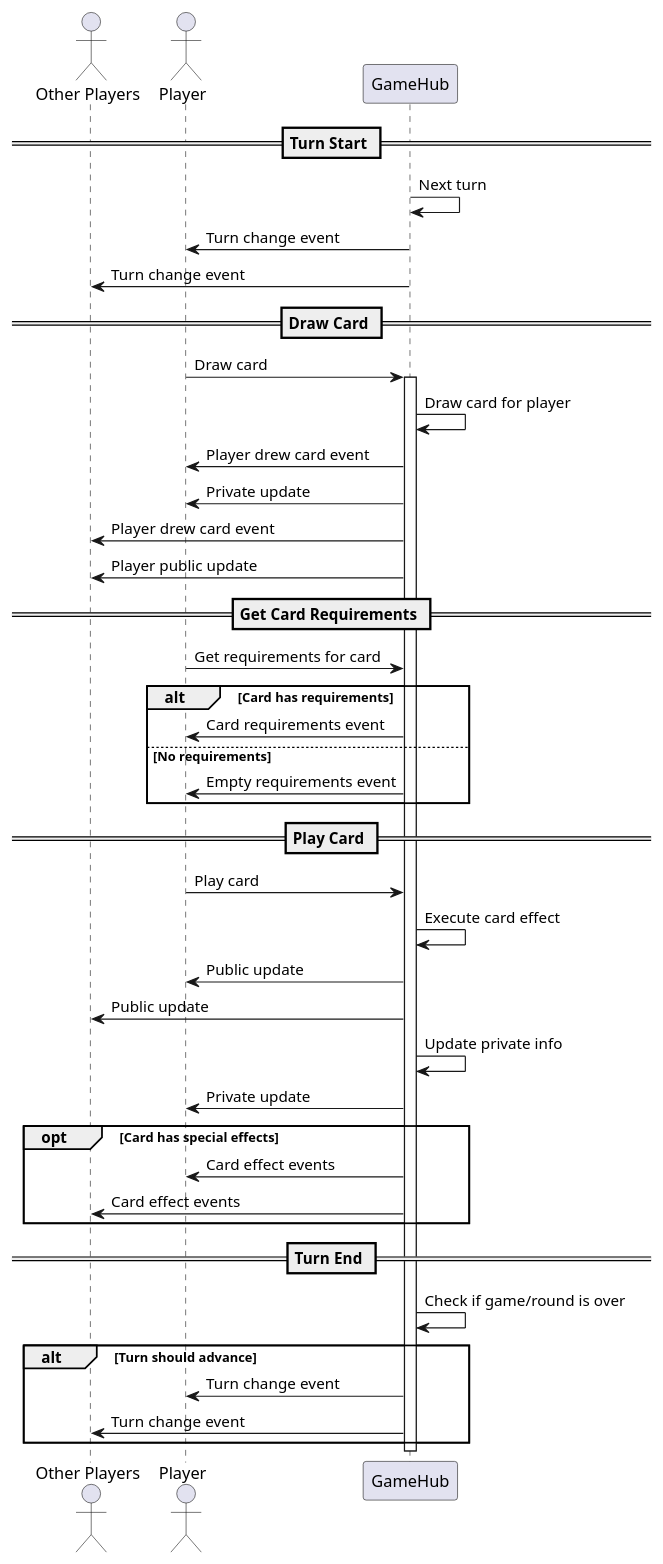
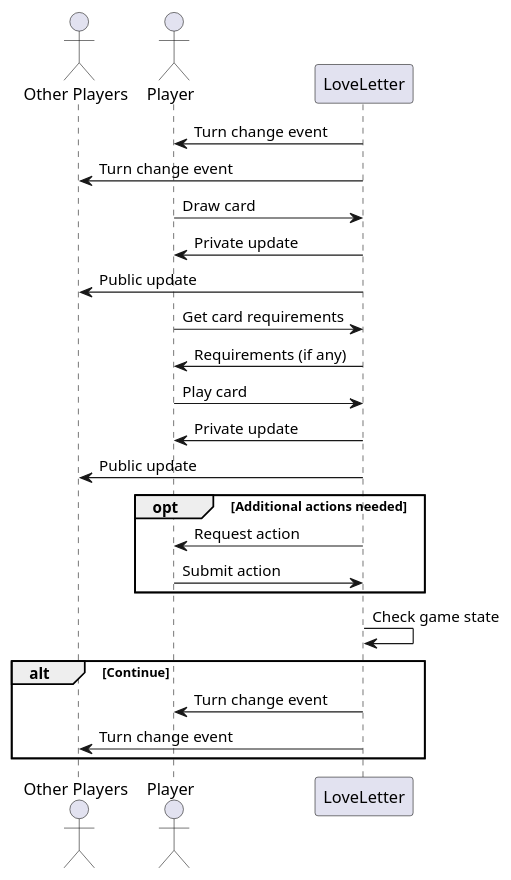
The diagram in docs/sequence_diagrams/game_flow/game_turn_flow.puml (cardoso42/cartas-de-amor), drawn with PlantUML before and after one commit. The commit also changed 50 other files, not shown here.

```diff
--- a/docs/sequence_diagrams/game_flow/game_turn_flow.puml
+++ b/docs/sequence_diagrams/game_flow/game_turn_flow.puml
@@ -1,60 +1,32 @@
 @startuml GameTurnFlow
 
 actor "Other Players" as Others
 actor "Player" as Player
-participant "GameHub" as Hub
+participant "LoveLetter" as Lov
 
-== Turn Start ==
+Lov -> Player: Turn change event
+Lov -> Others: Turn change event
 
-Hub -> Hub: Next turn
-Hub -> Player: Turn change event
-Hub -> Others: Turn change event
+Player -> Lov: Draw card
+Lov -> Player: Private update
+Lov -> Others: Public update
 
-== Draw Card ==
+Player -> Lov: Get card requirements
+Lov -> Player: Requirements (if any)
 
-Player -> Hub: Draw card
-activate Hub
-Hub -> Hub: Draw card for player
+Player -> Lov: Play card
+Lov -> Player: Private update
+Lov -> Others: Public update
 
-Hub -> Player: Player drew card event
-Hub -> Player: Private update
-
-Hub -> Others: Player drew card event
-Hub -> Others: Player public update
-
-== Get Card Requirements ==
-
-Player -> Hub: Get requirements for card
-alt Card has requirements
-    Hub -> Player: Card requirements event
-else No requirements
-    Hub -> Player: Empty requirements event
+opt Additional actions needed
+    Lov -> Player: Request action
+    Player -> Lov: Submit action
 end
 
-== Play Card ==
-
-Player -> Hub: Play card
-Hub -> Hub: Execute card effect
-Hub -> Player: Public update
-Hub -> Others: Public update
-
-Hub -> Hub: Update private info
-Hub -> Player: Private update
-
-opt Card has special effects
-    Hub -> Player: Card effect events
-    Hub -> Others: Card effect events
+Lov -> Lov: Check game state
+alt Continue
+    Lov -> Player: Turn change event
+    Lov -> Others: Turn change event
 end
 
-== Turn End ==
-
-Hub -> Hub: Check if game/round is over
-
-alt Turn should advance
-    Hub -> Player: Turn change event
-    Hub -> Others: Turn change event
-end
-
-deactivate Hub
-
 @enduml 
```
